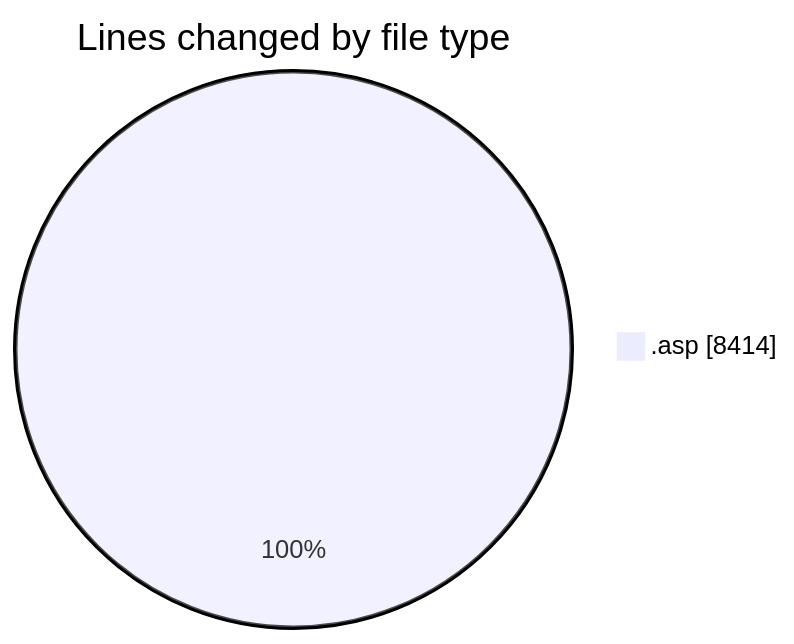
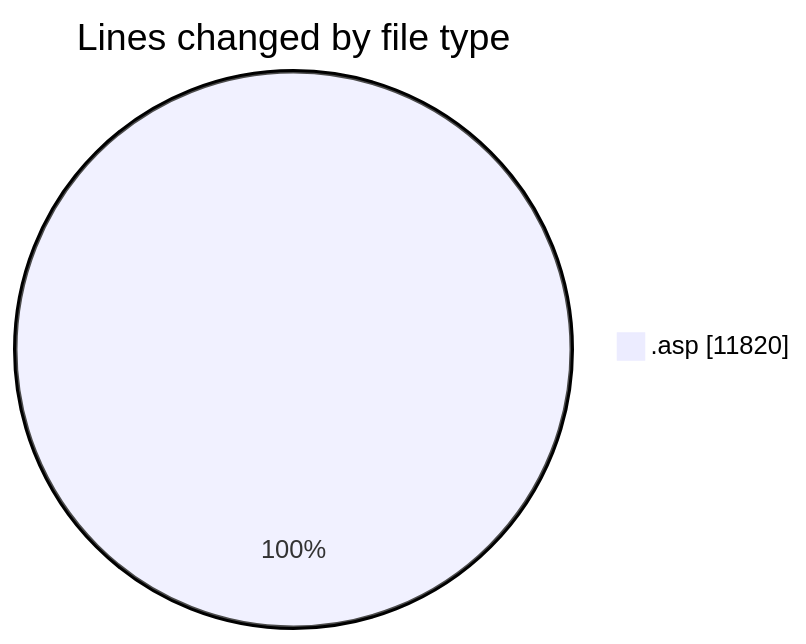
One commit to julien-gomy/code-tracking changed the first of 2 diagrams in 2025-11-14/cdp_aleoudev_fr__workspace_/README.md. Above: the diagram before and after it, drawn with Mermaid. The commit also changed other lines of this file and 1 other file, not shown here.

````diff
--- a/2025-11-14/cdp_aleoudev_fr__workspace_/README.md
+++ b/2025-11-14/cdp_aleoudev_fr__workspace_/README.md
@@ -21,5 +22,5 @@
 ```mermaid
 pie showData
 title Lines changed by file type
-".asp" : 8414
+".asp" : 11820
 ```
````
